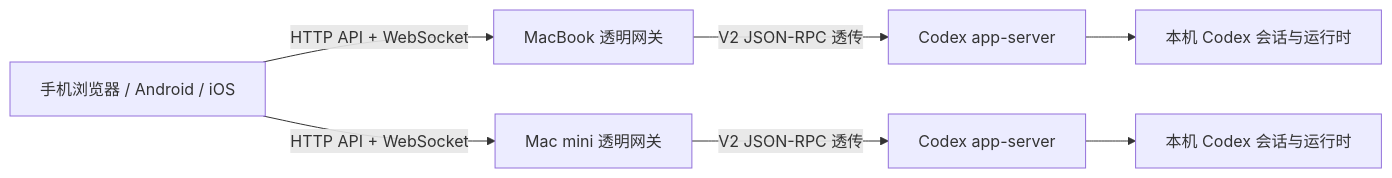
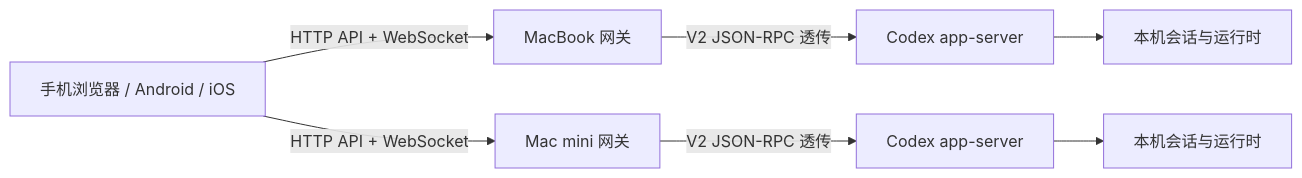
Before and after one commit to loock-ai/codex-mobile: the diagram in README.md, drawn with Mermaid. The commit also changed other lines of this file, not shown here.

````diff
--- a/README.md
+++ b/README.md
@@ -103,9 +115,10 @@
 ```mermaid
 flowchart LR
-    C["手机浏览器 / Android / iOS"] -->|HTTP API + WebSocket| G1["MacBook 透明网关"]
-    C -->|HTTP API + WebSocket| G2["Mac mini 透明网关"]
+    C["手机浏览器 / Android / iOS"]
+    C -->|HTTP API + WebSocket| G1["MacBook 网关"]
+    C -->|HTTP API + WebSocket| G2["Mac mini 网关"]
     G1 -->|V2 JSON-RPC 透传| A1["Codex app-server"]
     G2 -->|V2 JSON-RPC 透传| A2["Codex app-server"]
-    A1 --> R1["本机 Codex 会话与运行时"]
-    A2 --> R2["本机 Codex 会话与运行时"]
+    A1 --> R1["本机会话与运行时"]
+    A2 --> R2["本机会话与运行时"]
 ```
````
